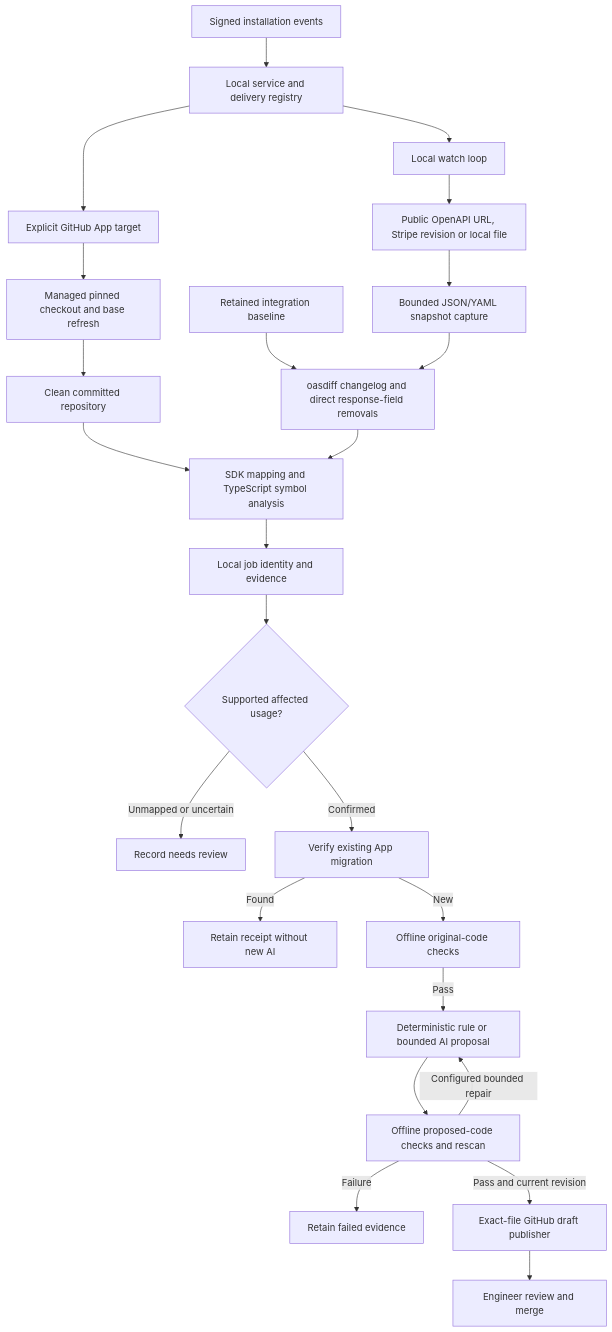
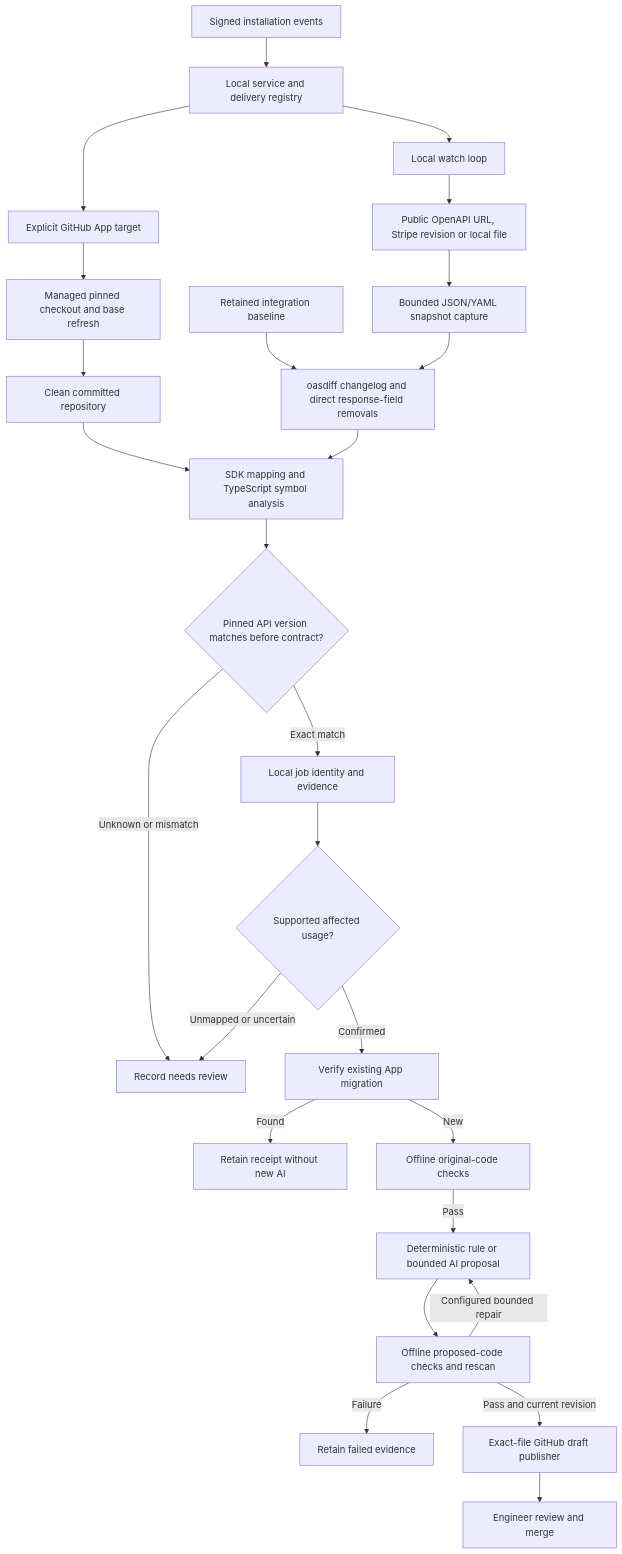
Before and after one commit to pierceluu10/Refit: the first of 2 diagrams in docs/ARCHITECTURE.md, drawn with Mermaid. The commit also changed other lines of this file and 5 other files, not shown here.

Commit message:
docs: explain API version applicability gate

````diff
--- a/docs/ARCHITECTURE.md
+++ b/docs/ARCHITECTURE.md
@@ -7,26 +7,28 @@
 ```mermaid
 flowchart TD
   SOURCE[Public OpenAPI URL, Stripe revision or local file] --> SNAP[Bounded JSON/YAML snapshot capture]
   BASE[Retained integration baseline] --> DIFF[oasdiff changelog and direct response-field removals]
   SNAP --> DIFF
   APP[Explicit GitHub App target] --> CLONE[Managed pinned checkout and base refresh]
   CLONE --> REPO[Clean committed repository]
   REPO --> SCAN[SDK mapping and TypeScript symbol analysis]
   DIFF --> SCAN
-  SCAN --> STATE[Local job identity and evidence]
+  SCAN --> VERSION{Pinned API version matches before contract?}
+  VERSION -->|Unknown or mismatch| REVIEW[Record needs review]
+  VERSION -->|Exact match| STATE[Local job identity and evidence]
   STATE --> GATE{Supported affected usage?}
   GATE -->|Unmapped or uncertain| REVIEW[Record needs review]
   GATE -->|Confirmed| EXISTING[Verify existing App migration]
   EXISTING -->|Found| REUSE[Retain receipt without new AI]
   EXISTING -->|New| BASECHECK[Offline original-code checks]
   BASECHECK -->|Pass| PATCH[Deterministic rule or bounded AI proposal]
   PATCH --> CHECK[Offline proposed-code checks and rescan]
   CHECK -->|Configured bounded repair| PATCH
   CHECK -->|Failure| FAILED[Retain failed evidence]
   CHECK -->|Pass and current revision| PR[Exact-file GitHub draft publisher]
   PR --> HUMAN[Engineer review and merge]
   POLL[Local watch loop] --> SOURCE
   WEBHOOK[Signed installation events] --> SERVICE[Local service and delivery registry]
   SERVICE --> POLL
   SERVICE --> APP
 ```
````
